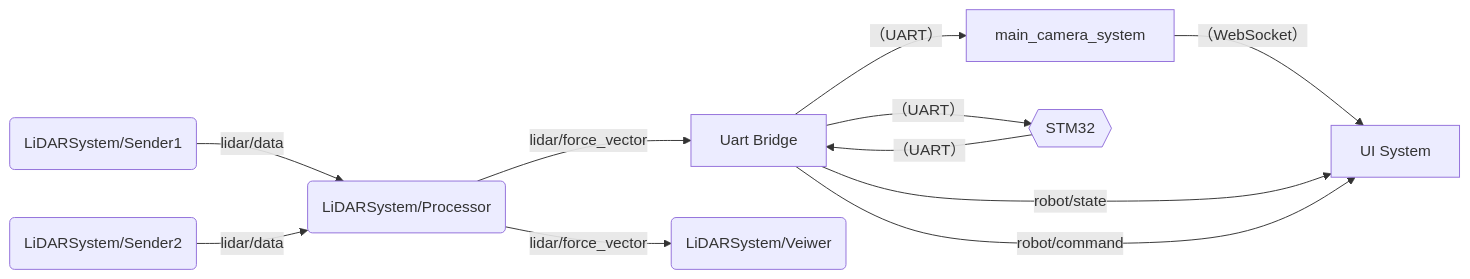
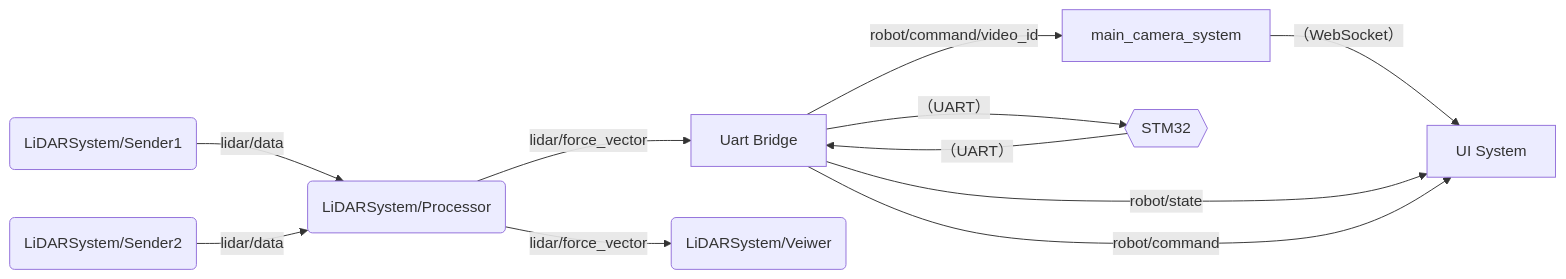
Before and after one commit to CoRE-MA-KING/roboapp: the diagram in README.md, drawn with Mermaid.

````diff
--- a/README.md
+++ b/README.md
@@ -70,23 +70,23 @@
 ```mermaid
     flowchart LR
 
     A[main_camera_system]
     B[UI System]
     U[Uart Bridge]
     M{{STM32}}
     LS1(LiDARSystem/Sender1)
     LS2(LiDARSystem/Sender2)
     LP(LiDARSystem/Processor)
     LV(LiDARSystem/Veiwer)
 
     A -- （WebSocket）--> B
     U -- robot/state --> B
     U -- robot/command --> B
     LS1 -- lidar/data --> LP
     LS2 -- lidar/data --> LP
     LP -- lidar/force_vector --> U
     LP -- lidar/force_vector --> LV
     U -- （UART） --> M
-    U -- （UART） --> A
+    U -- robot/command/video_id --> A
     M -- （UART） --> U
 ```
````
